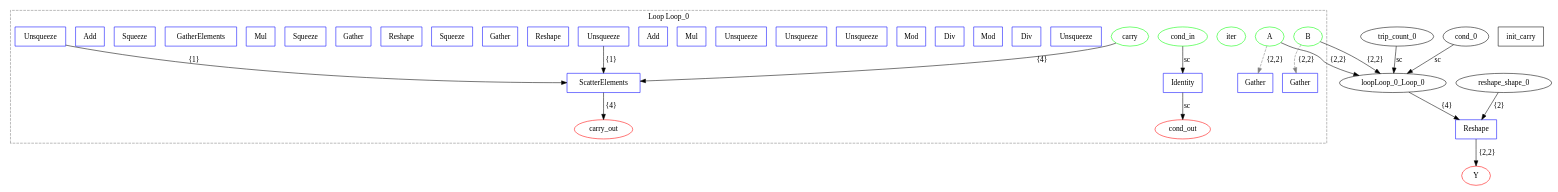
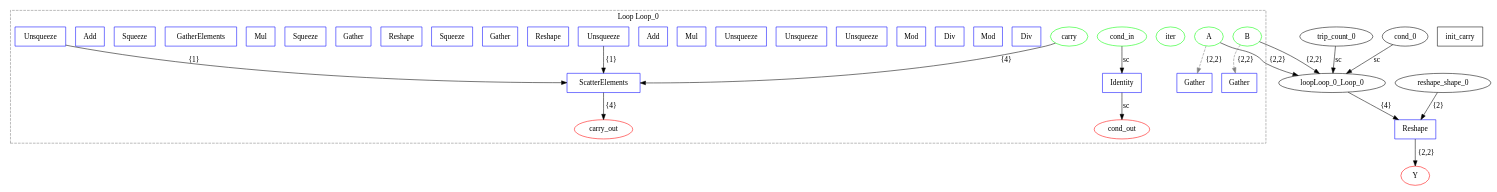
One commit to specs-feup/onnx-flow changed the diagram in examples/onnx/matmul_test.dot. Above: the diagram before and after it, drawn with Graphviz. The commit also changed 85 other files, not shown here.

```diff
--- a/examples/onnx/matmul_test.dot
+++ b/examples/onnx/matmul_test.dot
@@ -1,61 +1,60 @@
 digraph {
   graph [compound=true];
   A [label=A shape=ellipse color="#00FF00"];
   B [label=B shape=ellipse color="#00FF00"];
   init_carry [label=init_carry shape=box];
   subgraph cluster_loop_Loop_0 {
     graph [rankdir=LR compound=true];
     loopLoop_0_iter [label=iter shape=ellipse color="#00FF00"];
     loopLoop_0_cond_in [label=cond_in shape=ellipse color="#00FF00"];
     loopLoop_0_carry [label=carry shape=ellipse color="#00FF00"];
-    loopLoop_0_unsq_idx [label=Unsqueeze shape=box color="#0000FF"];
     loopLoop_0_Div_i_0 [label=Div shape=box color="#0000FF"];
     loopLoop_0_Mod_rem_0 [label=Mod shape=box color="#0000FF"];
     loopLoop_0_Div_j_0 [label=Div shape=box color="#0000FF"];
     loopLoop_0_Mod_k_0 [label=Mod shape=box color="#0000FF"];
     loopLoop_0_iU_0 [label=Unsqueeze shape=box color="#0000FF"];
     loopLoop_0_jU_0 [label=Unsqueeze shape=box color="#0000FF"];
     loopLoop_0_kU_0 [label=Unsqueeze shape=box color="#0000FF"];
     loopLoop_0_iMulN_0 [label=Mul shape=box color="#0000FF"];
     loopLoop_0_flat_0 [label=Add shape=box color="#0000FF"];
     loopLoop_0_flatU_0 [label=Unsqueeze shape=box color="#0000FF"];
     loopLoop_0_flatU_0 -> loopLoop_0_scatter [label="{1}"];
     loopLoop_0_a_row_0 [label=Gather shape=box color="#0000FF"];
     loopLoop_0_reshape_a_vec_0 [label=Reshape shape=box color="#0000FF"];
     loopLoop_0_a_pick_0 [label=Gather shape=box color="#0000FF"];
     loopLoop_0_sq_a_sq_0 [label=Squeeze shape=box color="#0000FF"];
     loopLoop_0_b_col_0 [label=Gather shape=box color="#0000FF"];
     loopLoop_0_reshape_b_vec_0 [label=Reshape shape=box color="#0000FF"];
     loopLoop_0_b_pick_0 [label=Gather shape=box color="#0000FF"];
     loopLoop_0_sq_b_sq_0 [label=Squeeze shape=box color="#0000FF"];
     loopLoop_0_mul_0 [label=Mul shape=box color="#0000FF"];
     loopLoop_0_prev_0 [label=GatherElements shape=box color="#0000FF"];
     loopLoop_0_sq_prev_sq_0 [label=Squeeze shape=box color="#0000FF"];
     loopLoop_0_acc_0 [label=Add shape=box color="#0000FF"];
     loopLoop_0_updateUnsq [label=Unsqueeze shape=box color="#0000FF"];
     loopLoop_0_updateUnsq -> loopLoop_0_scatter [label="{1}"];
     loopLoop_0_scatter [label=ScatterElements shape=box color="#0000FF"];
     loopLoop_0_id_cond [label=Identity shape=box color="#0000FF"];
     loopLoop_0_cond_out [label=cond_out shape=ellipse color="#FF0000"];
     loopLoop_0_carry_out [label=carry_out shape=ellipse color="#FF0000"];
     loopLoop_0_carry -> loopLoop_0_scatter [label="{4}"];
     loopLoop_0_cond_in -> loopLoop_0_id_cond [label=sc];
     loopLoop_0_scatter -> loopLoop_0_carry_out [label="{4}"];
     loopLoop_0_id_cond -> loopLoop_0_cond_out [label=sc];
     A -> loopLoop_0_a_row_0 [style=dashed color=gray label="{2,2}"];
     B -> loopLoop_0_b_col_0 [style=dashed color=gray label="{2,2}"];
     graph [label="Loop Loop_0"];
     graph [style=dashed];
     graph [color=gray];
   }
 
   Y [label=Y shape=ellipse color="#FF0000"];
   loopLoop_0_Loop_0 -> reshape_0 [label="{4}" ltail=cluster_loop_Loop_0];
   reshape_0 [label=Reshape shape=box color="#0000FF"];
   A -> loopLoop_0_Loop_0 [label="{2,2}" lhead=cluster_loop_Loop_0];
   reshape_shape_0 -> reshape_0 [label="{2}"];
   reshape_0 -> Y [label="{2,2}"];
   B -> loopLoop_0_Loop_0 [label="{2,2}" lhead=cluster_loop_Loop_0];
   trip_count_0 -> loopLoop_0_Loop_0 [label=sc lhead=cluster_loop_Loop_0];
   cond_0 -> loopLoop_0_Loop_0 [label=sc lhead=cluster_loop_Loop_0];
 }
```
